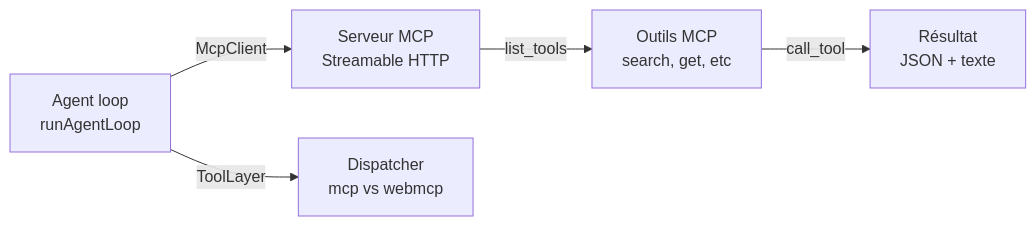
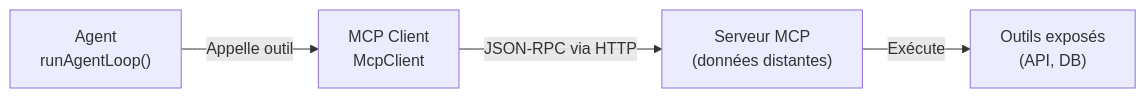
Before and after one commit to jeanbaptiste/webmcp-auto-ui: the diagram in docs-site/src/content/docs/tutorials/connect-mcp-server.mdx, drawn with Mermaid. The commit also changed other lines of this file and 25 other files, not shown here.

````diff
--- a/docs-site/src/content/docs/tutorials/connect-mcp-server.mdx
+++ b/docs-site/src/content/docs/tutorials/connect-mcp-server.mdx
@@ -12,7 +14,11 @@
 ```mermaid
 graph LR
-  A["Agent loop<br/>runAgentLoop"] -->|McpClient| B["Serveur MCP<br/>Streamable HTTP"]
-  B -->|list_tools| C["Outils MCP<br/>search, get, etc"]
-  C -->|call_tool| D["Résultat<br/>JSON + texte"]
-  A -->|ToolLayer| E["Dispatcher<br/>mcp vs webmcp"]
+    A["Agent<br/>runAgentLoop()"]
+    B["MCP Client<br/>McpClient"]
+    C["Serveur MCP<br/>(données distantes)"]
+    D["Outils exposés<br/>(API, DB)"]
+
+    A -->|Appelle outil| B
+    B -->|JSON-RPC via HTTP| C
+    C -->|Exécute| D
 ```
````
